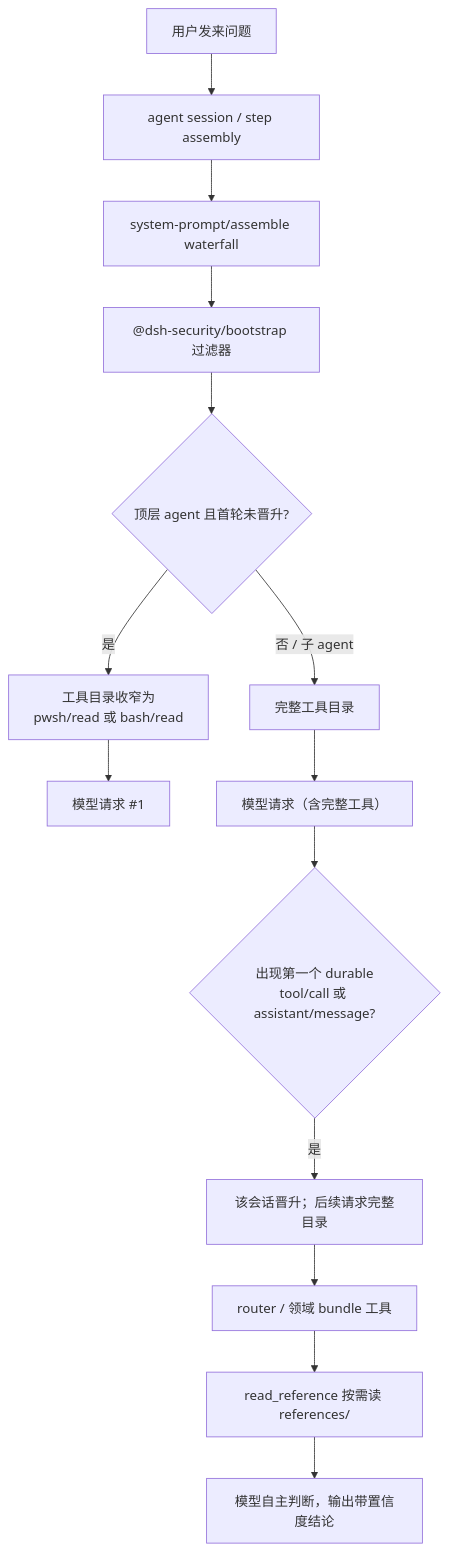
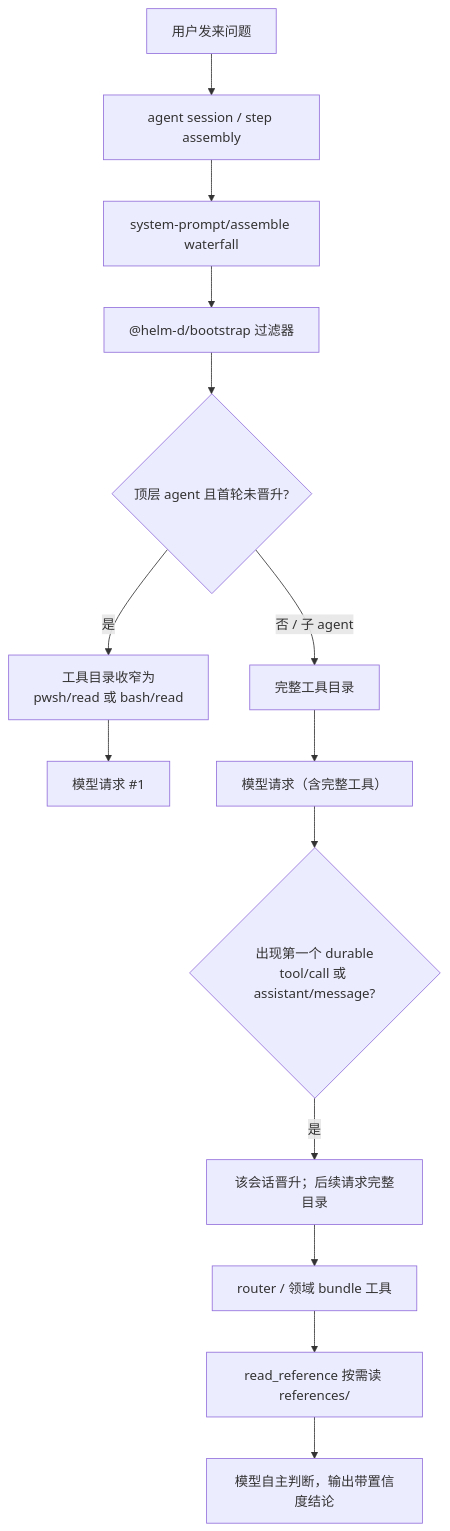
The diagram in docs/architecture.md (ADWMC/helm-d), drawn with Mermaid before and after one commit. The commit also changed other lines of this file and 51 other files, not shown here.

First line of the commit message:
refactor!: 包更名 @dsh-security/helmd -> helm-d（避免与官方 @deepseek-ai 命名混淆）

````diff
--- a/docs/architecture.md
+++ b/docs/architecture.md
@@ -20,16 +20,16 @@
 ```mermaid
 flowchart TD
   U["用户发来问题"] --> S["agent session / step assembly"]
   S --> A["system-prompt/assemble waterfall"]
-  A --> B["@dsh-security/bootstrap 过滤器"]
+  A --> B["@helm-d/bootstrap 过滤器"]
   B --> B1{"顶层 agent 且首轮未晋升?"}
   B1 -- "是" --> C["工具目录收窄为<br/>pwsh/read 或 bash/read"]
   B1 -- "否 / 子 agent" --> D["完整工具目录"]
   C --> M["模型请求 #1"]
   D --> M2["模型请求（含完整工具）"]
   M2 --> P{"出现第一个 durable<br/>tool/call 或 assistant/message?"}
   P -- "是" --> R["该会话晋升；后续请求完整目录"]
   R --> T["router / 领域 bundle 工具"]
   T --> K["read_reference 按需读 references/"]
   K --> O["模型自主判断，输出带置信度结论"]
 ```
````
